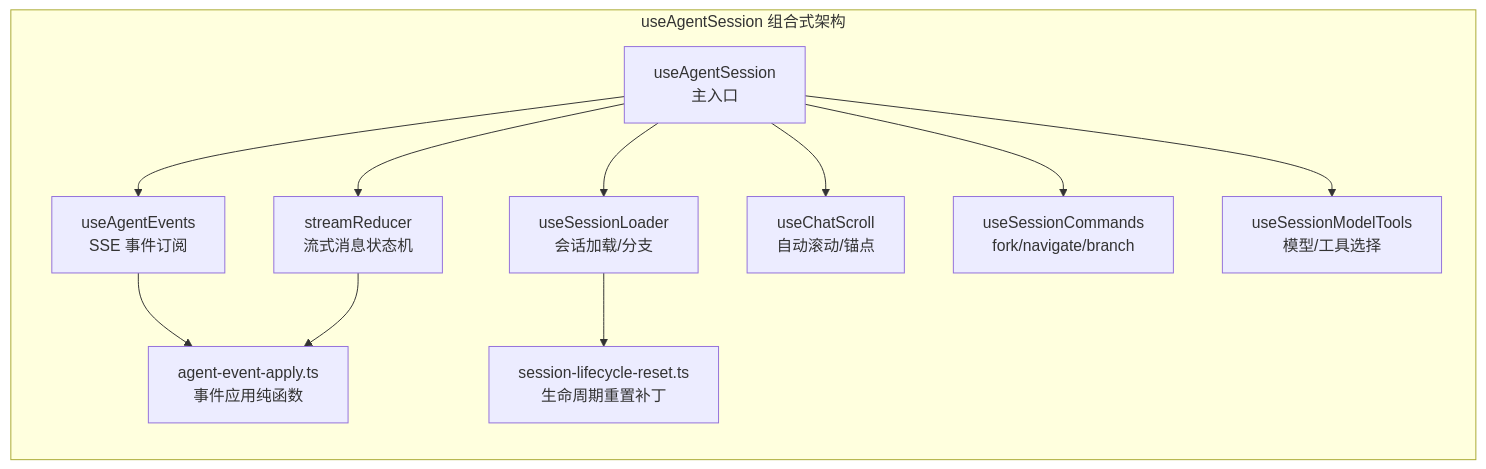
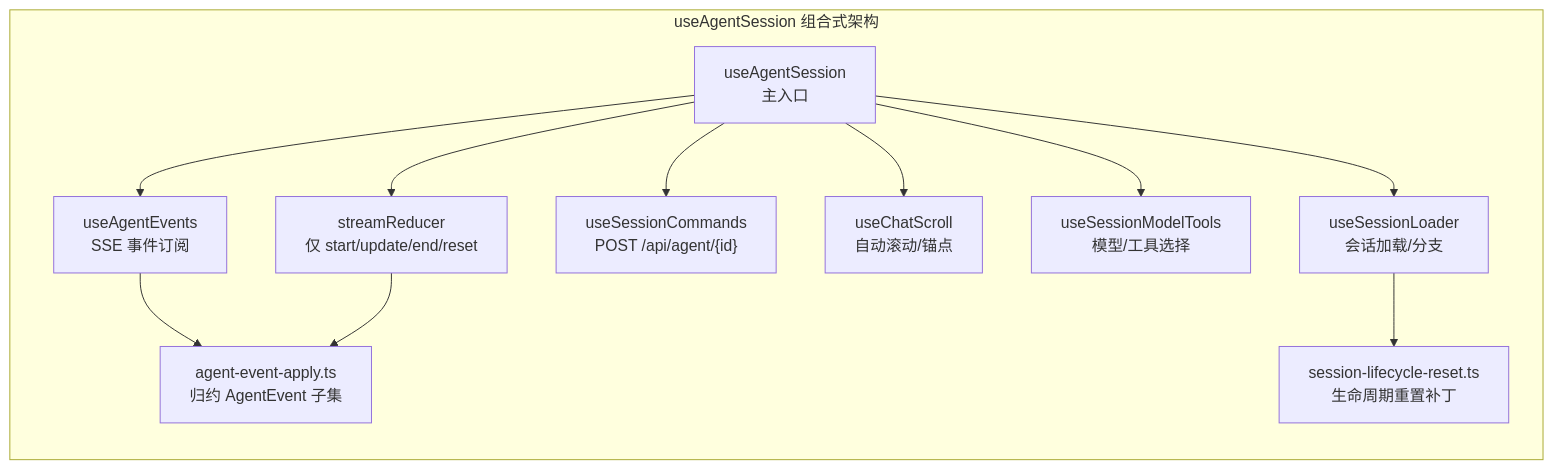
The second of 3 diagrams in .zread/wiki/versions/2026-10-06-001245/5-ji-zhu-zhan-yu-guan-jian-yi-lai.md (Chasen-Liao/pi-agent-desktop), drawn with Mermaid before and after one commit. The commit also changed other lines of this file and 29 other files, not shown here.

First line of the commit message:
docs(wiki): align zread wiki with main architecture

````diff
--- a/.zread/wiki/versions/2026-10-06-001245/5-ji-zhu-zhan-yu-guan-jian-yi-lai.md
+++ b/.zread/wiki/versions/2026-10-06-001245/5-ji-zhu-zhan-yu-guan-jian-yi-lai.md
@@ -171,24 +171,24 @@
 ```mermaid
 graph LR
     subgraph "useAgentSession 组合式架构"
         MAIN[useAgentSession<br/>主入口]
         SUB1[useAgentEvents<br/>SSE 事件订阅]
         SUB2[useSessionLoader<br/>会话加载/分支]
-        SUB3[streamReducer<br/>流式消息状态机]
+        SUB3["useSessionCommands<br/>POST /api/agent/{id}"]
         SUB4[useChatScroll<br/>自动滚动/锚点]
-        SUB5[useSessionCommands<br/>fork/navigate/branch]
-        SUB6[useSessionModelTools<br/>模型/工具选择]
-        SUB7[agent-event-apply.ts<br/>事件应用纯函数]
+        SUB5[useSessionModelTools<br/>模型/工具选择]
+        SUB6[streamReducer<br/>仅 start/update/end/reset]
+        SUB7[agent-event-apply.ts<br/>归约 AgentEvent 子集]
         SUB8[session-lifecycle-reset.ts<br/>生命周期重置补丁]
     end
 
     MAIN --> SUB1
     MAIN --> SUB2
     MAIN --> SUB3
     MAIN --> SUB4
     MAIN --> SUB5
     MAIN --> SUB6
     SUB1 --> SUB7
     SUB2 --> SUB8
-    SUB3 --> SUB7
+    SUB6 --> SUB7
 ```
````
